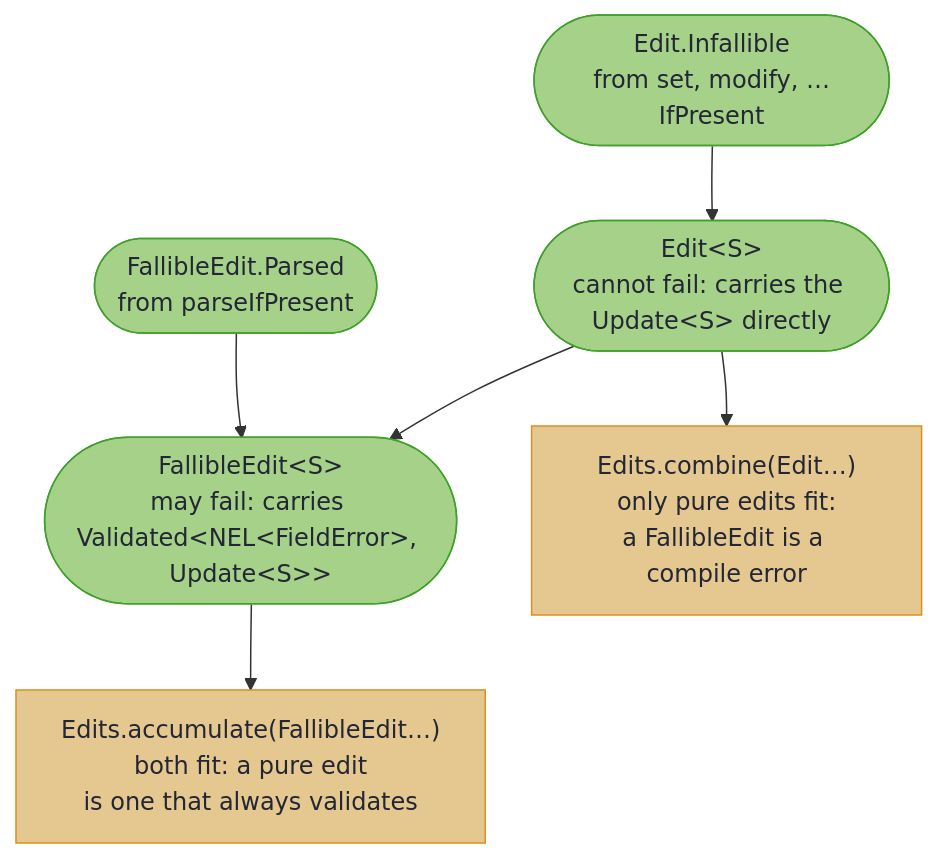
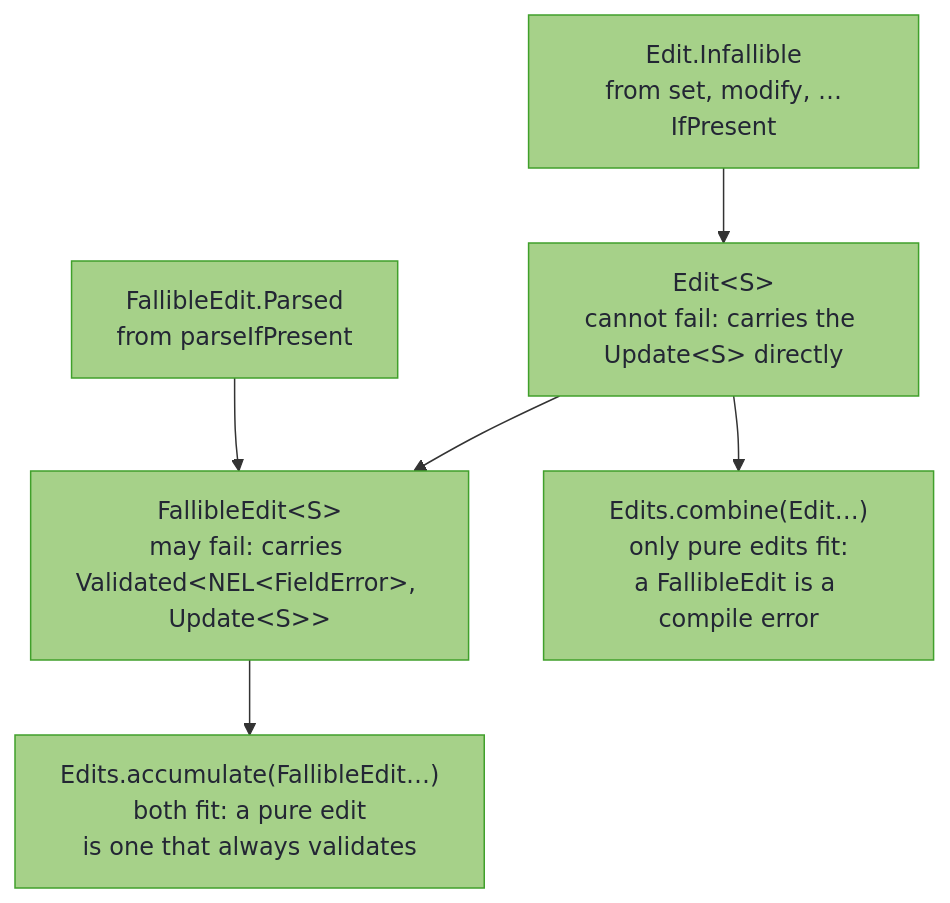
Before and after one commit to higher-kinded-j/higher-kinded-j: the second of 4 diagrams in hkj-book/src/optics/multi_edit.md, drawn with Mermaid. The commit also changed other lines of this file and 24 other files, not shown here.

````diff
--- a/hkj-book/src/optics/multi_edit.md
+++ b/hkj-book/src/optics/multi_edit.md
@@ -121,20 +121,20 @@
 ```mermaid
 flowchart TD
     accTitle: How combine and accumulate tell the edits apart
     accDescr: parseIfPresent makes a FallibleEdit, which may fail. set, modify and the IfPresent forms make an Edit, which cannot fail, and every Edit is also a FallibleEdit. Edits.combine takes only Edits, so a FallibleEdit there is a compile error; Edits.accumulate takes both.
-    FE(["FallibleEdit&lt;S&gt;<br/>may fail: carries Validated&lt;NEL&lt;FieldError&gt;, Update&lt;S&gt;&gt;"])
-    ED(["Edit&lt;S&gt;<br/>cannot fail: carries the Update&lt;S&gt; directly"])
-    P(["FallibleEdit.Parsed<br/>from parseIfPresent"]) --> FE
-    I(["Edit.Infallible<br/>from set, modify, …IfPresent"]) --> ED
+    FE["FallibleEdit&lt;S&gt;<br/>may fail: carries Validated&lt;NEL&lt;FieldError&gt;, Update&lt;S&gt;&gt;"]
+    ED["Edit&lt;S&gt;<br/>cannot fail: carries the Update&lt;S&gt; directly"]
+    P["FallibleEdit.Parsed<br/>from parseIfPresent"] --> FE
+    I["Edit.Infallible<br/>from set, modify, …IfPresent"] --> ED
     ED --> FE
 
     C["Edits.combine(Edit…)<br/>only pure edits fit:<br/>a FallibleEdit is a compile error"]
     A["Edits.accumulate(FallibleEdit…)<br/>both fit: a pure edit<br/>is one that always validates"]
     ED --> C
     FE --> A
 
     classDef tier fill:#a6d189,stroke:#40a02b,color:#232634
-    classDef out fill:#e5c890,stroke:#df8e1d,color:#232634
+    classDef out fill:#a6d189,stroke:#40a02b,color:#232634
     class FE,ED,P,I tier
     class C,A out
 ```
````
